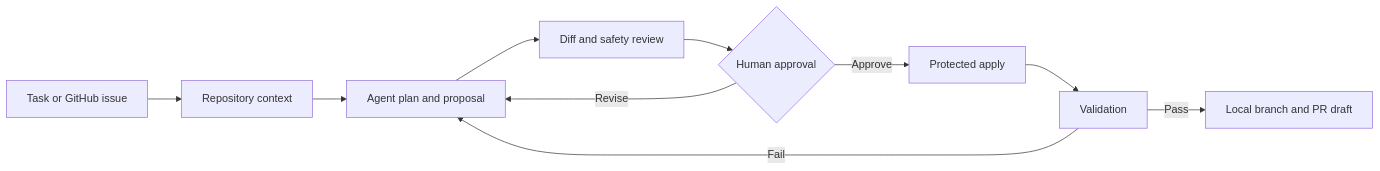
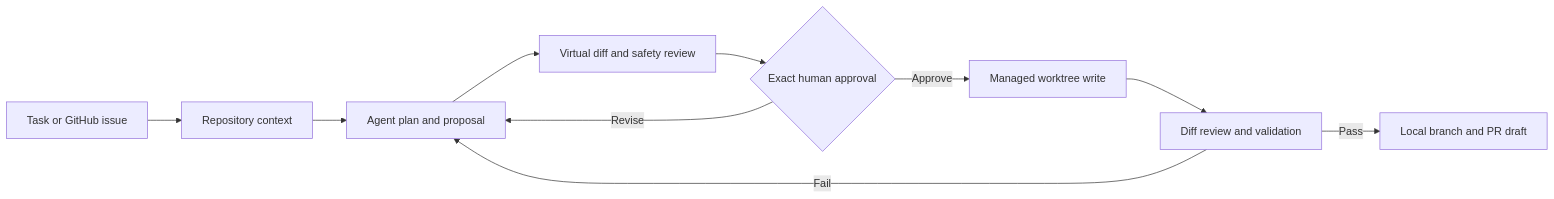
The diagram in README.md (CHOS1N11111/RepoPilot-Agent), drawn with Mermaid before and after one commit. The commit also changed other lines of this file and 23 other files, not shown here.

````diff
--- a/README.md
+++ b/README.md
@@ -27,12 +27,12 @@
 ```mermaid
 flowchart LR
     A[Task or GitHub issue] --> B[Repository context]
     B --> C[Agent plan and proposal]
-    C --> D[Diff and safety review]
-    D --> E{Human approval}
-    E -->|Approve| F[Protected apply]
+    C --> D[Virtual diff and safety review]
+    D --> E{Exact human approval}
+    E -->|Approve| F[Managed worktree write]
     E -->|Revise| C
-    F --> G[Validation]
+    F --> G[Diff review and validation]
     G -->|Fail| C
     G -->|Pass| H[Local branch and PR draft]
 ```
````
